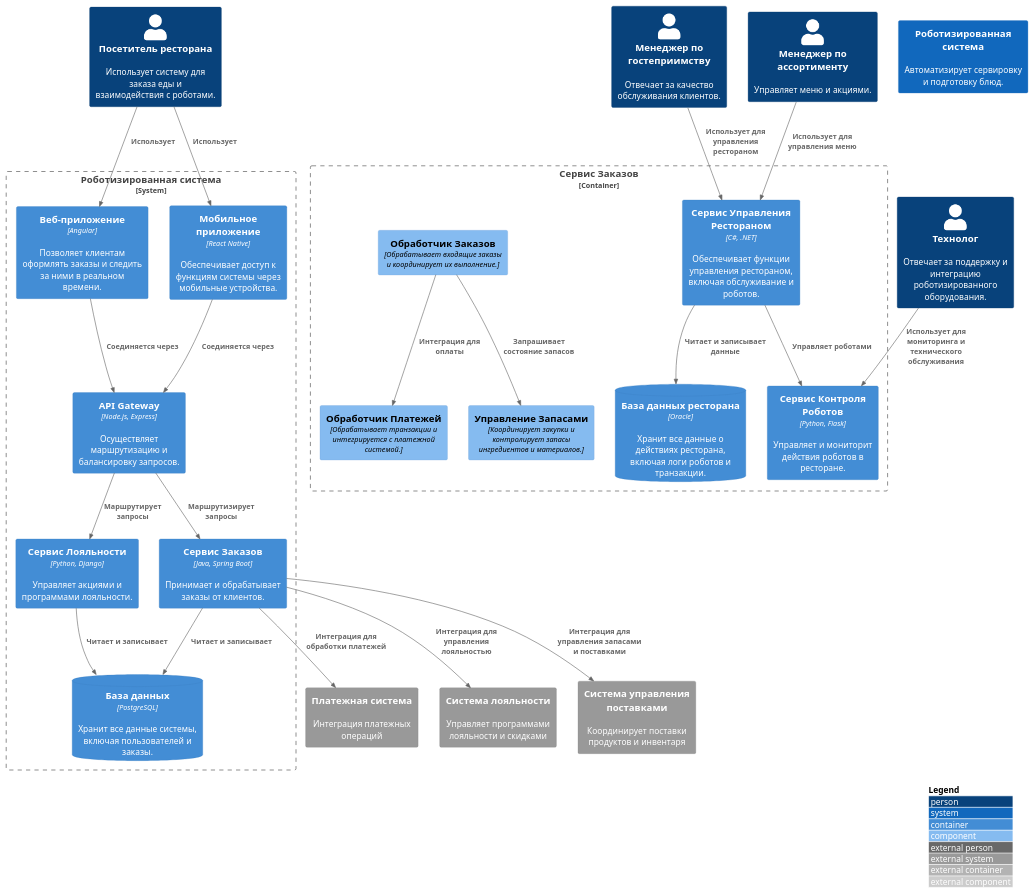
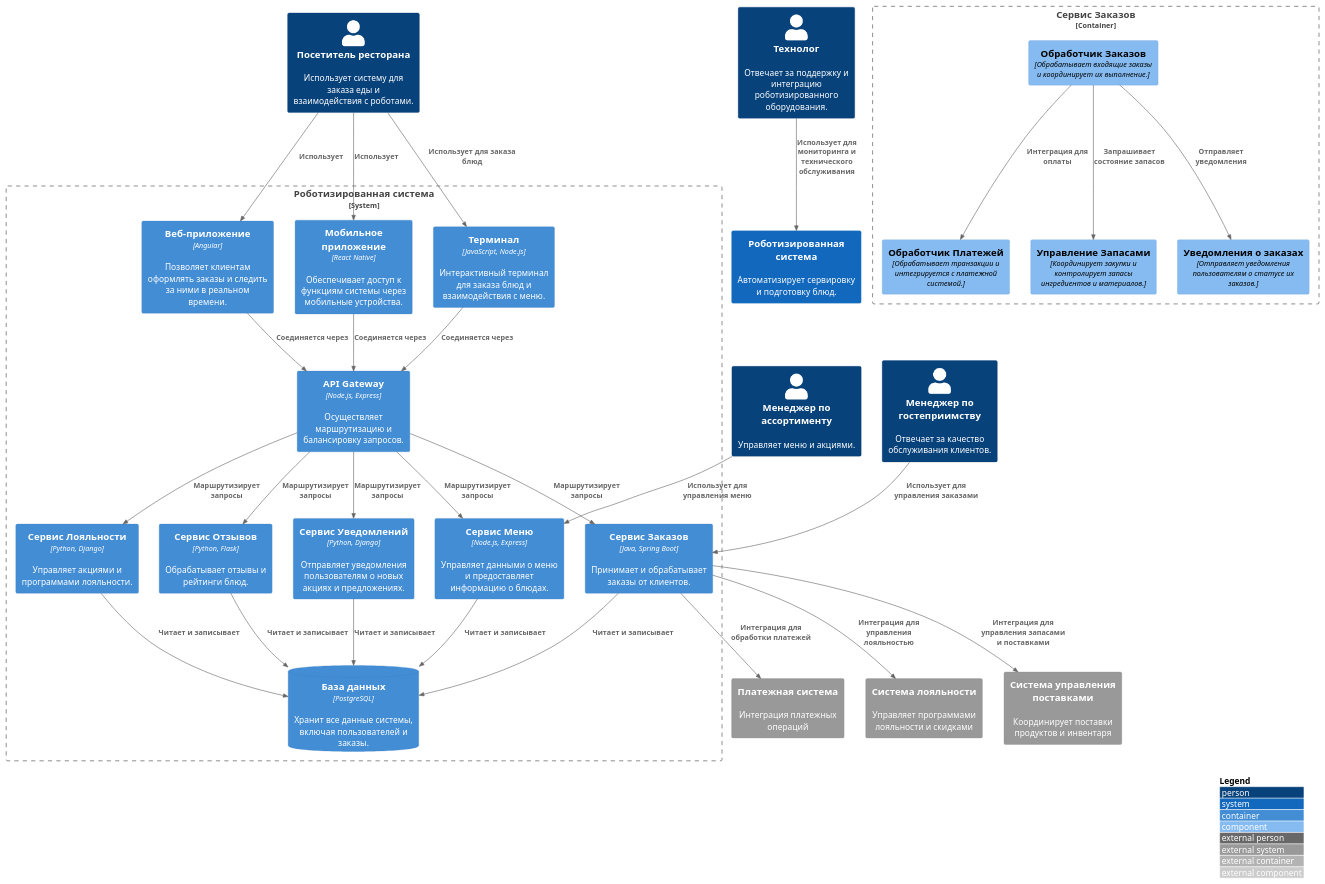
One commit to mariashapoval/Otus changed the diagram in docs/diagrams/src/c4.puml. Above: the diagram before and after it, drawn with PlantUML. The commit also changed other lines of this file, not shown here.

```diff
--- a/docs/diagrams/src/c4.puml
+++ b/docs/diagrams/src/c4.puml
@@ -1,64 +2,73 @@
 @startuml Detailed_C4_Model
 
 !include <C4/C4_Context.puml>
 !include <C4/C4_Container.puml>
 !include <C4/C4_Component.puml>
 
 ' Контекстная диаграмма
 LAYOUT_WITH_LEGEND()
 
 Person(visitor, "Посетитель ресторана", "Использует систему для заказа еды и взаимодействия с роботами.")
 Person(hospManager, "Менеджер по гостеприимству", "Отвечает за качество обслуживания клиентов.")
 Person(assortmentManager, "Менеджер по ассортименту", "Управляет меню и акциями.")
 Person(technologist, "Технолог", "Отвечает за поддержку и интеграцию роботизированного оборудования.")
+
 System(robotics, "Роботизированная система", "Автоматизирует сервировку и подготовку блюд.")
-
 System_Ext(paymentGateway, "Платежная система", "Интеграция платежных операций")
 System_Ext(loyaltySystem, "Система лояльности", "Управляет программами лояльности и скидками")
 System_Ext(supplyChainSystem, "Система управления поставками", "Координирует поставки продуктов и инвентаря")
 
 ' Контейнерная диаграмма
 System_Boundary(c2, "Роботизированная система") {
     Container(webApp, "Веб-приложение", "Angular", "Позволяет клиентам оформлять заказы и следить за ними в реальном времени.")
     Container(mobileApp, "Мобильное приложение", "React Native", "Обеспечивает доступ к функциям системы через мобильные устройства.")
     Container(apiGateway, "API Gateway", "Node.js, Express", "Осуществляет маршрутизацию и балансировку запросов.")
     Container(orderService, "Сервис Заказов", "Java, Spring Boot", "Принимает и обрабатывает заказы от клиентов.")
     Container(loyaltyService, "Сервис Лояльности", "Python, Django", "Управляет акциями и программами лояльности.")
+    Container(reviewService, "Сервис Отзывов", "Python, Flask", "Обрабатывает отзывы и рейтинги блюд.")
     ContainerDb(db, "База данных", "PostgreSQL", "Хранит все данные системы, включая пользователей и заказы.")
+    Container(terminal, "Терминал", "JavaScript, Node.js", "Интерактивный терминал для заказа блюд и взаимодействия с меню.")
+    Container(menuService, "Сервис Меню", "Node.js, Express", "Управляет данными о меню и предоставляет информацию о блюдах.")
+    Container(notificationService, "Сервис Уведомлений", "Python, Django", "Отправляет уведомления пользователям о новых акциях и предложениях.")
 
     Rel(visitor, webApp, "Использует")
     Rel(visitor, mobileApp, "Использует")
+    Rel(visitor, terminal, "Использует для заказа блюд")
     Rel(webApp, apiGateway, "Соединяется через")
     Rel(mobileApp, apiGateway, "Соединяется через")
+    Rel(terminal, apiGateway, "Соединяется через")
     Rel(apiGateway, orderService, "Маршрутизирует запросы")
-    Rel(apiGateway, loyaltyService, "Маршрутирует запросы")
+    Rel(apiGateway, loyaltyService, "Маршрутизирует запросы")
+    Rel(apiGateway, reviewService, "Маршрутизирует запросы")
+    Rel(apiGateway, menuService, "Маршрутизирует запросы")
+    Rel(apiGateway, notificationService, "Маршрутизирует запросы")
     Rel(orderService, db, "Читает и записывает")
     Rel(loyaltyService, db, "Читает и записывает")
+    Rel(reviewService, db, "Читает и записывает")
+    Rel(menuService, db, "Читает и записывает")
+    Rel(notificationService, db, "Читает и записывает")
 }
 
 ' Компонентная диаграмма
 Container_Boundary(c3, "Сервис Заказов") {
     Component(orderProcessing, "Обработчик Заказов", "Обрабатывает входящие заказы и координирует их выполнение.")
     Component(paymentProcessing, "Обработчик Платежей", "Обрабатывает транзакции и интегрируется с платежной системой.")
-   Component(inventoryManagement, "Управление Запасами", "Координирует закупки и контролирует запасы ингредиентов и материалов.")
-    Container(restaurantManagementService, "Сервис Управления Рестораном", "C#, .NET", "Обеспечивает функции управления рестораном, включая обслуживание и роботов.")
-    Container(roboticsControlService, "Сервис Контроля Роботов", "Python, Flask", "Управляет и мониторит действия роботов в ресторане.")
-    ContainerDb(restaurantDb, "База данных ресторана", "Oracle", "Хранит все данные о действиях ресторана, включая логи роботов и транзакции.")
+    Component(inventoryManagement, "Управление Запасами", "Координирует закупки и контролирует запасы ингредиентов и материалов.")
+    Component(orderNotification, "Уведомления о заказах", "Отправляет уведомления пользователям о статусе их заказов.")
 
     Rel(orderProcessing, paymentProcessing, "Интеграция для оплаты")
     Rel(orderProcessing, inventoryManagement, "Запрашивает состояние запасов")
-    Rel(restaurantManagementService, roboticsControlService, "Управляет роботами")
-    Rel(restaurantManagementService, restaurantDb, "Читает и записывает данные")
+    Rel(orderProcessing, orderNotification, "Отправляет уведомления")
 }
 
 ' Связи между системами и пользователями
-Rel_D(hospManager, restaurantManagementService, "Использует для управления рестораном")
-Rel_D(assortmentManager, restaurantManagementService, "Использует для управления меню")
-Rel_D(technologist, roboticsControlService, "Использует для мониторинга и технического обслуживания")
+Rel_D(hospManager, orderService, "Использует для управления заказами")
+Rel_D(assortmentManager, menuService, "Использует для управления меню")
+Rel_D(technologist, robotics, "Использует для мониторинга и технического обслуживания")
 
 ' Внешние интеграции
 Rel_D(orderService, paymentGateway, "Интеграция для обработки платежей")
 Rel_D(orderService, loyaltySystem, "Интеграция для управления лояльностью")
 Rel_D(orderService, supplyChainSystem, "Интеграция для управления запасами и поставками")
 
 @enduml
```
